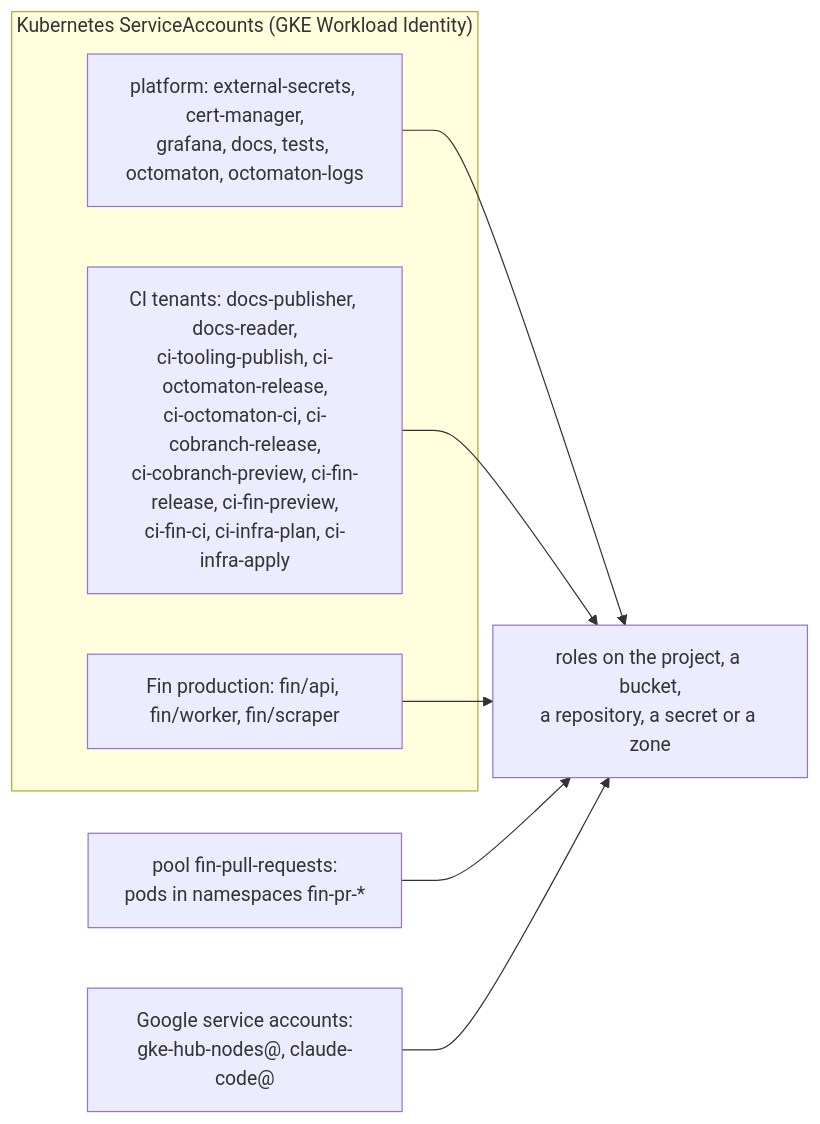
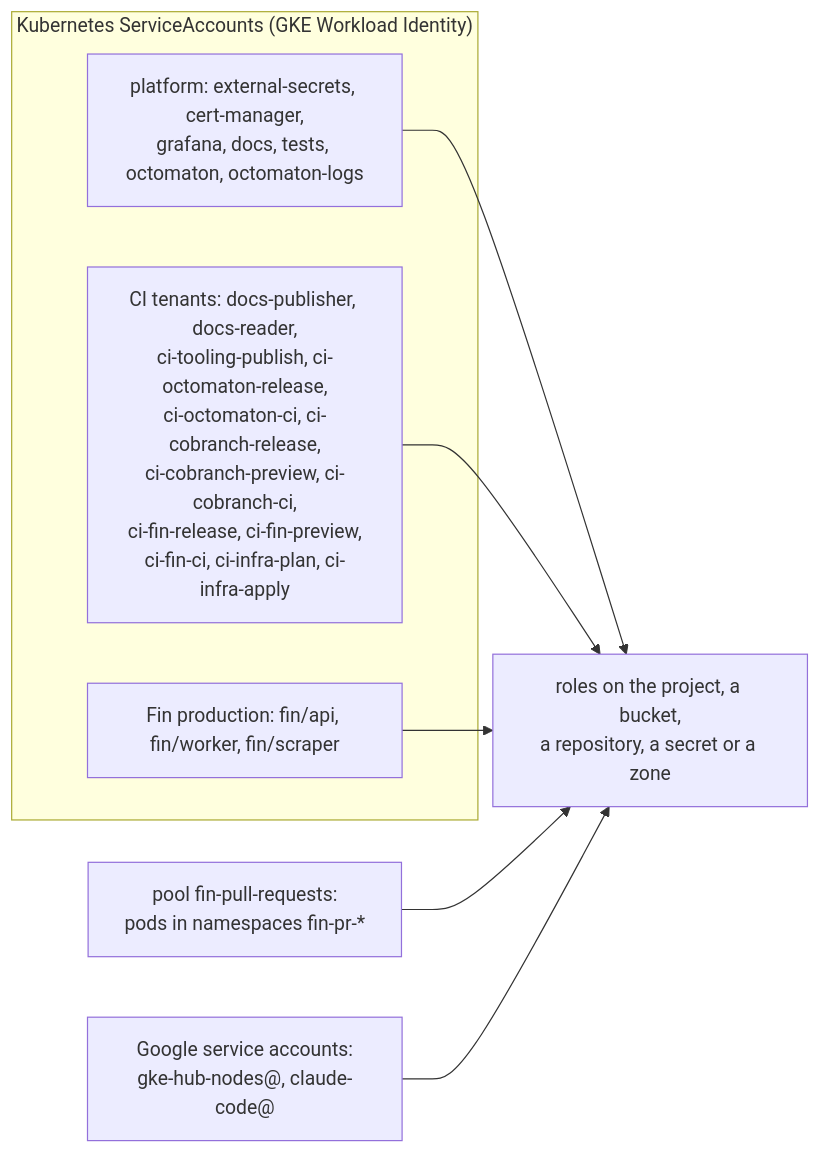
The second of 2 diagrams in docs/infra/terraform/gcp.md (arikkfir-org/infra), drawn with Mermaid before and after one commit. The commit also changed other lines of this file and 2 other files, not shown here.

First line of the commit message:
feat(gcp): add Cobranch's CI cache bucket and its grants

````diff
--- a/docs/infra/terraform/gcp.md
+++ b/docs/infra/terraform/gcp.md
@@ -162,11 +163,11 @@
 ```mermaid
 flowchart LR
   subgraph k8s["Kubernetes ServiceAccounts (GKE Workload Identity)"]
     PLAT["platform: external-secrets, cert-manager,<br/>grafana, docs, tests, octomaton, octomaton-logs"]
-    TEN["CI tenants: docs-publisher, docs-reader,<br/>ci-tooling-publish, ci-octomaton-release,<br/>ci-octomaton-ci, ci-cobranch-release,<br/>ci-cobranch-preview, ci-fin-release, ci-fin-preview,<br/>ci-fin-ci, ci-infra-plan, ci-infra-apply"]
+    TEN["CI tenants: docs-publisher, docs-reader,<br/>ci-tooling-publish, ci-octomaton-release,<br/>ci-octomaton-ci, ci-cobranch-release,<br/>ci-cobranch-preview, ci-cobranch-ci,<br/>ci-fin-release, ci-fin-preview,<br/>ci-fin-ci, ci-infra-plan, ci-infra-apply"]
     FINP["Fin production: fin/api, fin/worker, fin/scraper"]
   end
   POOL["pool fin-pull-requests:<br/>pods in namespaces fin-pr-*"]
   GSA["Google service accounts:<br/>gke-hub-nodes@, claude-code@"]
   PLAT & TEN & FINP & POOL & GSA --> R["roles on the project, a bucket,<br/>a repository, a secret or a zone"]
 ```
````
